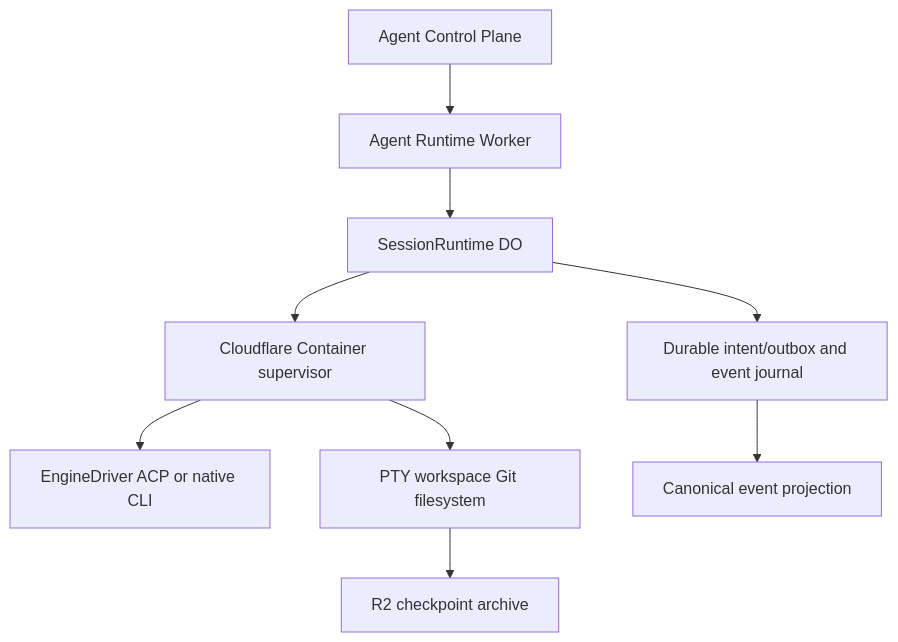
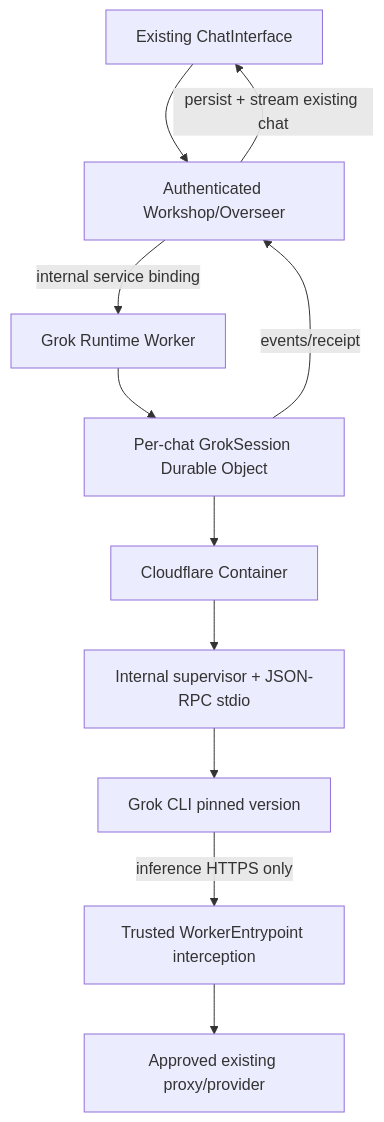
The first of 2 diagrams in packages/agent-runtime/SPECS.md (brasalabs6/cloudflare-os), drawn with Mermaid before and after one commit. The commit also changed other lines of this file and 63 other files, not shown here.

Commit message:
docs: simplify to Grok-first roadmap; remove 14 redundant draft module trees

````diff
--- a/packages/agent-runtime/SPECS.md
+++ b/packages/agent-runtime/SPECS.md
@@ -56,11 +13,13 @@
 ```mermaid
-flowchart TD
- CP[Agent Control Plane] --> R[Agent Runtime Worker]
- R --> DO[SessionRuntime DO]
- DO --> OUT[Durable intent/outbox and event journal]
- DO --> CON[Cloudflare Container supervisor]
- CON --> SPI[EngineDriver ACP or native CLI]
- CON --> FS[PTY workspace Git filesystem]
- OUT --> ACC[Canonical event projection]
- FS --> R2[R2 checkpoint archive]
+flowchart TB
+ UI[Existing ChatInterface] --> W[Authenticated Workshop/Overseer]
+ W -->|internal service binding| WR[Grok Runtime Worker]
+ WR --> DO[Per-chat GrokSession Durable Object]
+ DO --> C[Cloudflare Container]
+ C --> SUP[Internal supervisor + JSON-RPC stdio]
+ SUP --> G[Grok CLI pinned version]
+ G -->|inference HTTPS only| EG[Trusted WorkerEntrypoint interception]
+ EG --> AI[Approved existing proxy/provider]
+ DO -->|events/receipt| W
+ W -->|persist + stream existing chat| UI
 ```
````
